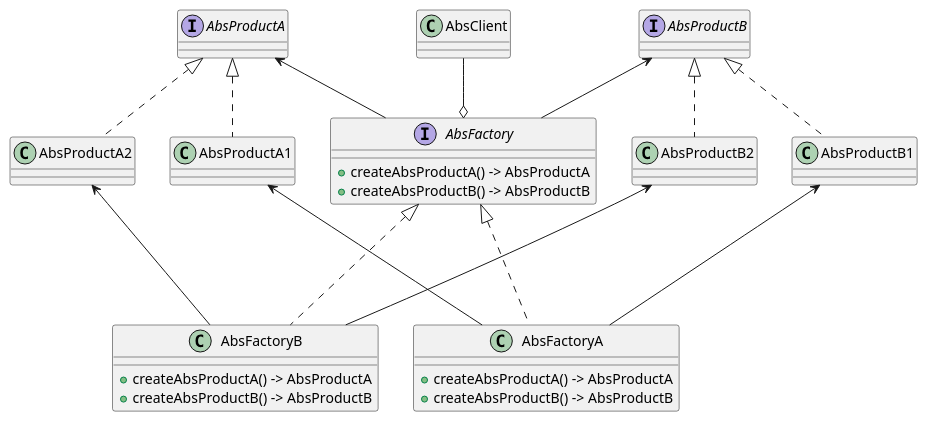
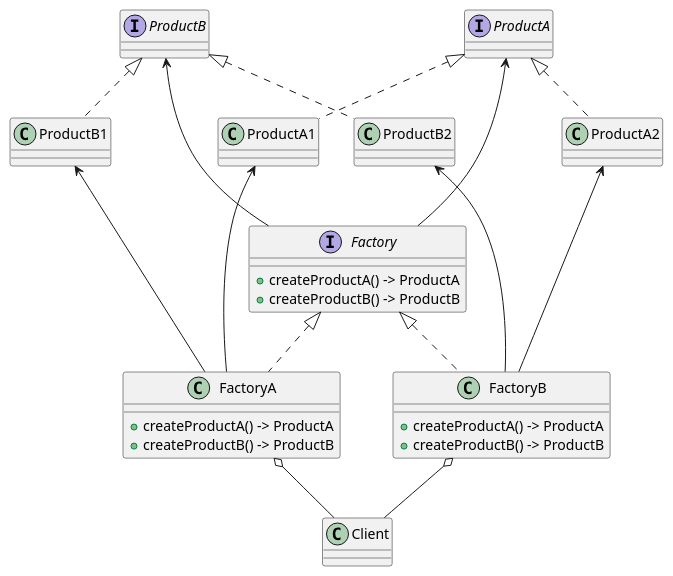
The diagram in DesignPatterns/AbstractFactory/theory.puml (JurajX/Notes), drawn with PlantUML before and after one commit. The commit also changed 2 other files, not shown here.

Commit message:
add abstract factory

```diff
--- a/DesignPatterns/AbstractFactory/theory.puml
+++ b/DesignPatterns/AbstractFactory/theory.puml
@@ -1,49 +1,50 @@
 @startuml
 
-interface AbsProductA { }
-class AbsProductA1 { }
-class AbsProductA2 { }
+interface ProductA { }
+class ProductA2 { }
 
-AbsProductA <|.. AbsProductA1
-AbsProductA <|.. AbsProductA2
+ProductA <|.. ProductA1
+ProductA <|.. ProductA2
 
-interface AbsProductB { }
-class AbsProductB1 { }
-class AbsProductB2 { }
+interface ProductB { }
+class ProductB1 { }
+class ProductB2 { }
 
-AbsProductB <|.. AbsProductB1
-AbsProductB <|.. AbsProductB2
+ProductB <|.. ProductB1
+ProductB <|.. ProductB2
 
-interface AbsFactory
+interface Factory
 {
-    + createAbsProductA() -> AbsProductA
-    + createAbsProductB() -> AbsProductB
+    + createProductA() -> ProductA
+    + createProductB() -> ProductB
 }
 
-class AbsFactoryA
+class FactoryA
 {
-    + createAbsProductA() -> AbsProductA
-    + createAbsProductB() -> AbsProductB
+    + createProductA() -> ProductA
+    + createProductB() -> ProductB
 }
 
-class AbsFactoryB
+class FactoryB
 {
-    + createAbsProductA() -> AbsProductA
-    + createAbsProductB() -> AbsProductB
+    + createProductA() -> ProductA
+    + createProductB() -> ProductB
 }
 
-AbsFactory <|.. AbsFactoryA
-AbsFactory <|.. AbsFactoryB
+Factory <|.. FactoryA
+Factory <|.. FactoryB
 
-AbsProductA <-- AbsFactory
-AbsProductB <-- AbsFactory
-AbsProductA1 <--- AbsFactoryA
-AbsProductB1 <--- AbsFactoryA
-AbsProductA2 <--- AbsFactoryB
-AbsProductB2 <--- AbsFactoryB
+ProductA <-- Factory
+ProductB <-- Factory
+ProductA1 <--- FactoryA
+ProductB1 <--- FactoryA
+ProductA2 <--- FactoryB
+ProductB2 <--- FactoryB
 
-class AbsClient { }
+class Client { }
 
-AbsClient --o AbsFactory
+FactoryA o-- Client
+FactoryB o-- Client
+
 
 @enduml
```
